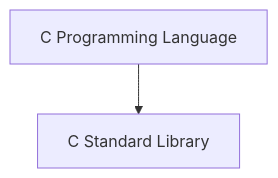
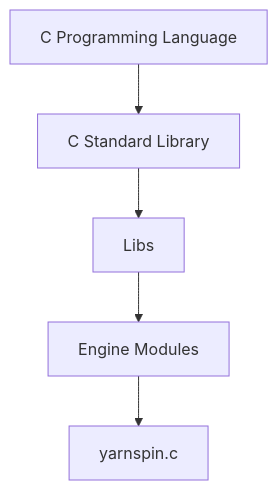
One commit to aganm/yarnspin changed the diagram in docs/programmer.md. Above: the diagram before and after it, drawn with Mermaid. The commit also changed other lines of this file, not shown here.

````diff
--- a/docs/programmer.md
+++ b/docs/programmer.md
@@ -147,4 +147,7 @@
 ```mermaid
  graph TD;
-    A[C Programming Language]-->B[C Standard Library];
+    A[C Programming Language] --> B[C Standard Library];
+    B[C Standard Library] --> C[Libs];
+    C[Libs] --> D[Engine Modules];
+    D[Engine Modules] --> E[yarnspin.c];
 ```
````
